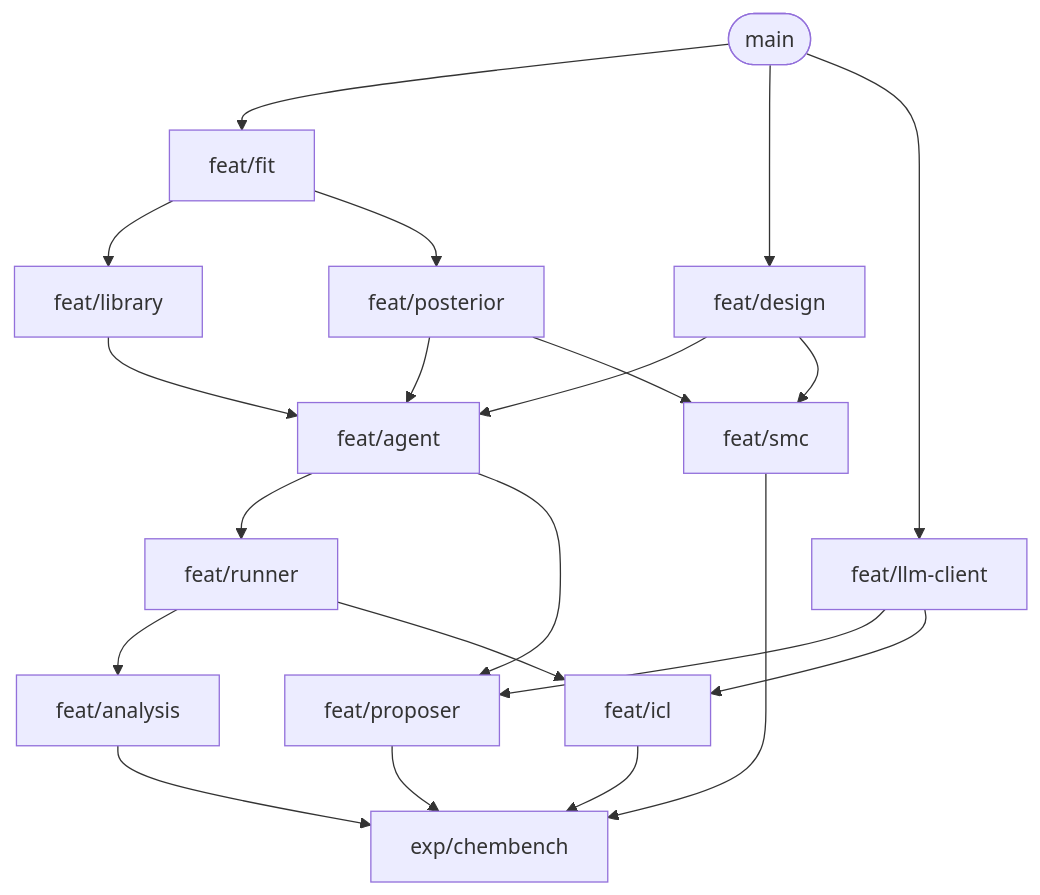
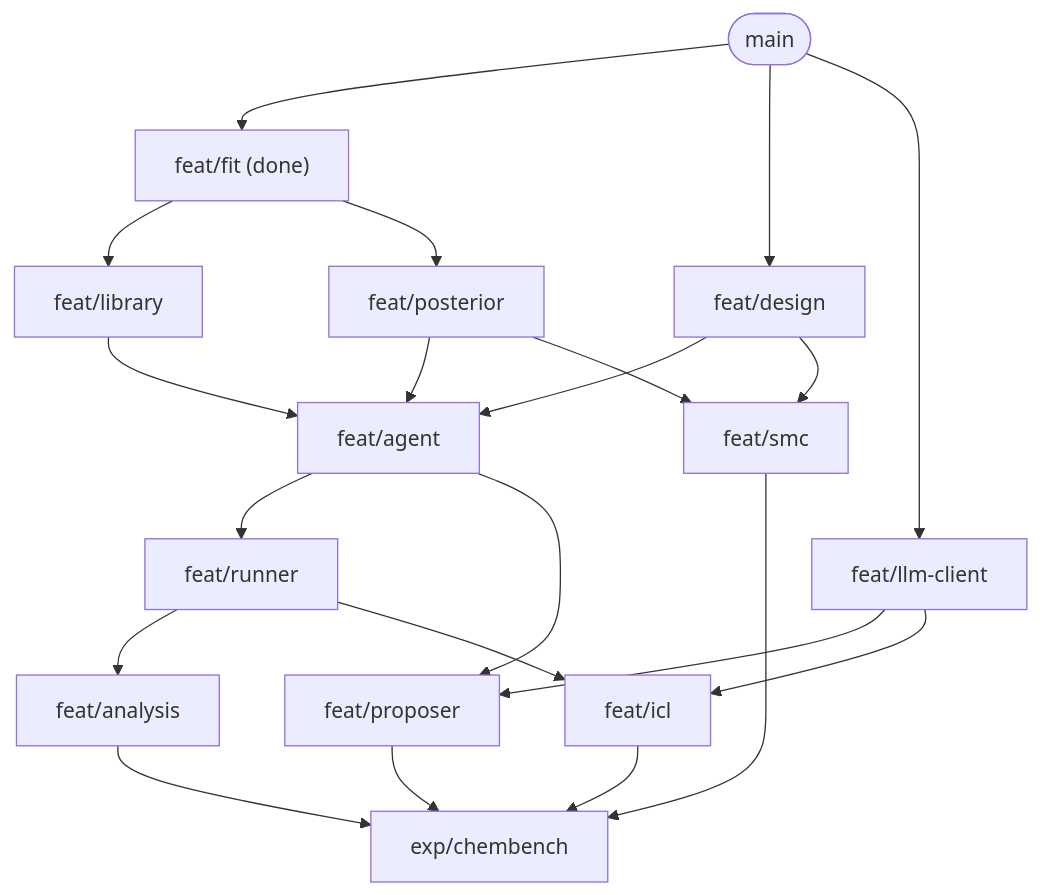
Before and after one commit to yuta0no/mda-impl: the second of 2 diagrams in docs/blueprint.md, drawn with Mermaid. The commit also changed other lines of this file, not shown here.

````diff
--- a/docs/blueprint.md
+++ b/docs/blueprint.md
@@ -72,23 +71,23 @@
 ```mermaid
 flowchart TD
-    main(["main"]) --> fit["feat/fit"]
+    main(["main"]) --> fit["feat/fit (done)"]
     fit --> library["feat/library"]
     fit --> posterior["feat/posterior"]
     main --> design["feat/design"]
     main --> llmc["feat/llm-client"]
     library --> agent["feat/agent"]
     posterior --> agent
     design --> agent
     agent --> runner["feat/runner"]
     agent --> proposer["feat/proposer"]
     llmc --> proposer
     runner --> analysis["feat/analysis"]
     runner --> icl["feat/icl"]
     llmc --> icl
     posterior --> smc["feat/smc"]
     design --> smc
     proposer --> exp["exp/chembench"]
     analysis --> exp
     icl --> exp
     smc --> exp
 ```
````
